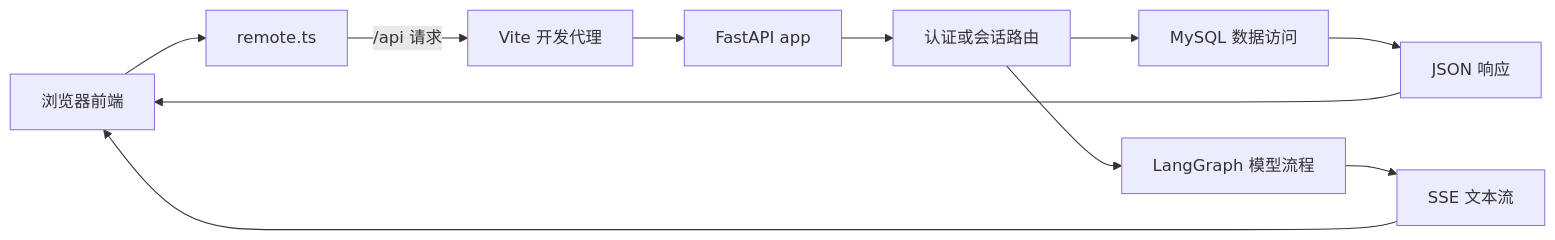
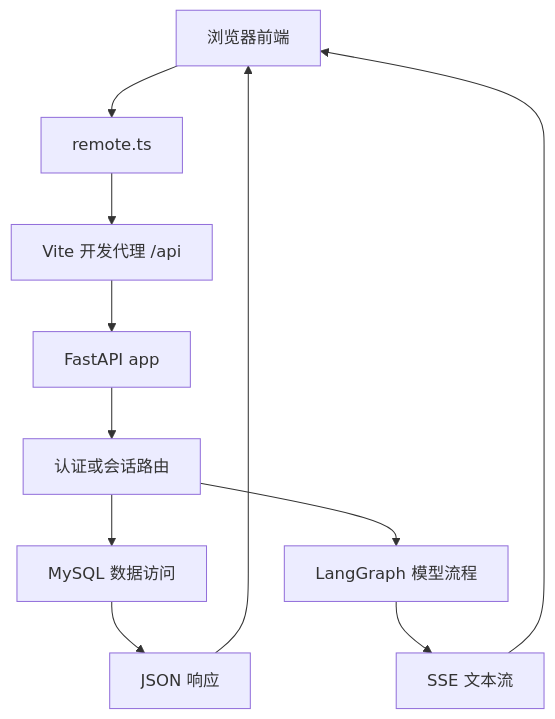
Before and after one commit to Tindalos-ik/Aiden: the diagram in docs/FastAPI.md, drawn with Mermaid. The commit also changed other lines of this file and 16 other files, not shown here.

````diff
--- a/docs/FastAPI.md
+++ b/docs/FastAPI.md
@@ -191,13 +197,13 @@
 ```mermaid
-flowchart LR
-    Browser[浏览器前端] --> Client[remote.ts]
-    Client -->|/api 请求| Proxy[Vite 开发代理]
-    Proxy --> Main[FastAPI app]
-    Main --> Router[认证或会话路由]
-    Router --> Store[MySQL 数据访问]
-    Router --> Agent[LangGraph 模型流程]
-    Store --> Result[JSON 响应]
-    Agent --> Stream[SSE 文本流]
+graph TD
+    Browser["浏览器前端"] --> Client["remote.ts"]
+    Client --> Proxy["Vite 开发代理 /api"]
+    Proxy --> Main["FastAPI app"]
+    Main --> Router["认证或会话路由"]
+    Router --> Store["MySQL 数据访问"]
+    Router --> Agent["LangGraph 模型流程"]
+    Store --> Result["JSON 响应"]
+    Agent --> Stream["SSE 文本流"]
     Result --> Browser
     Stream --> Browser
 ```
````
